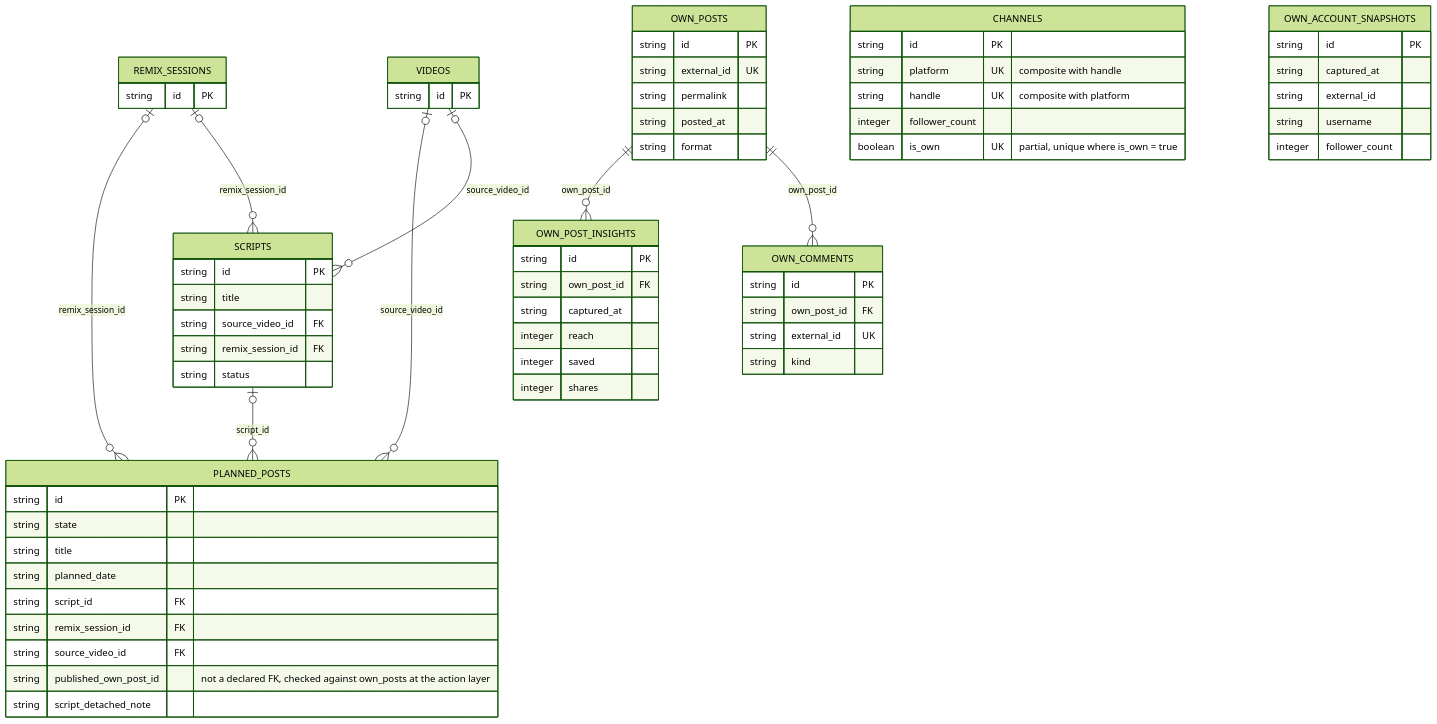
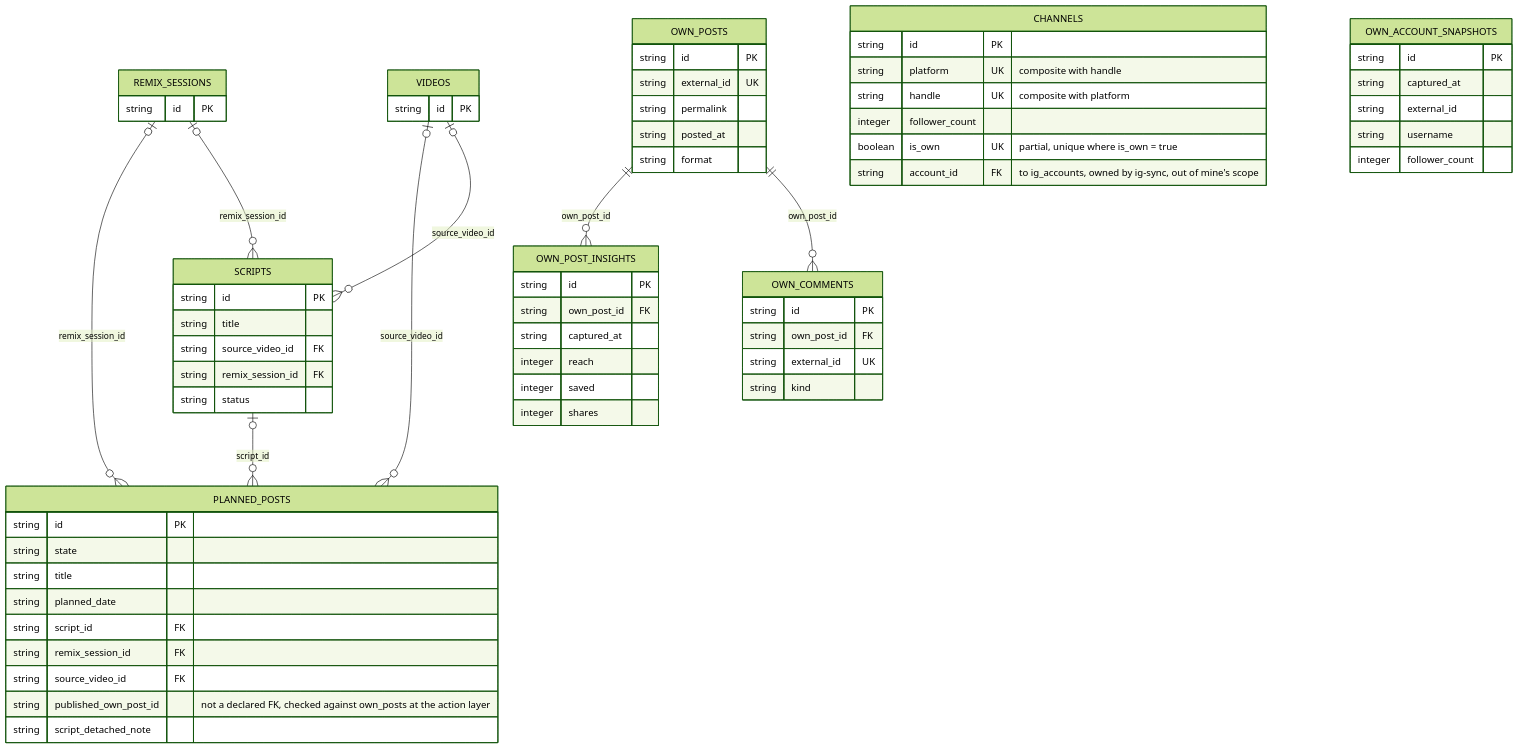
One commit to Kaiships-ai/crowsnest changed the first of 3 diagrams in documents/architect/core-components/mine/02-architecture.md. Above: the diagram before and after it, drawn with Mermaid (forest theme). The commit also changed other lines of this file and 23 other files, not shown here.

First line of the commit message:
docs: sync architect docs to current code (post-v0.3 reconciliation)

````diff
--- a/documents/architect/core-components/mine/02-architecture.md
+++ b/documents/architect/core-components/mine/02-architecture.md
@@ -32,70 +33,71 @@
 ```mermaid
 erDiagram
     SCRIPTS |o--o{ PLANNED_POSTS : "script_id"
     REMIX_SESSIONS |o--o{ PLANNED_POSTS : "remix_session_id"
     VIDEOS |o--o{ PLANNED_POSTS : "source_video_id"
     VIDEOS |o--o{ SCRIPTS : "source_video_id"
     REMIX_SESSIONS |o--o{ SCRIPTS : "remix_session_id"
     OWN_POSTS ||--o{ OWN_POST_INSIGHTS : "own_post_id"
     OWN_POSTS ||--o{ OWN_COMMENTS : "own_post_id"
 
     CHANNELS {
         string id PK
         string platform UK "composite with handle"
         string handle UK "composite with platform"
         integer follower_count
         boolean is_own UK "partial, unique where is_own = true"
+        string account_id FK "to ig_accounts, owned by ig-sync, out of mine's scope"
     }
     PLANNED_POSTS {
         string id PK
         string state
         string title
         string planned_date
         string script_id FK
         string remix_session_id FK
         string source_video_id FK
         string published_own_post_id "not a declared FK, checked against own_posts at the action layer"
         string script_detached_note
     }
     SCRIPTS {
         string id PK
         string title
         string source_video_id FK
         string remix_session_id FK
         string status
     }
     REMIX_SESSIONS {
         string id PK
     }
     VIDEOS {
         string id PK
     }
     OWN_ACCOUNT_SNAPSHOTS {
         string id PK
         string captured_at
         string external_id
         string username
         integer follower_count
     }
     OWN_POSTS {
         string id PK
         string external_id UK
         string permalink
         string posted_at
         string format
     }
     OWN_POST_INSIGHTS {
         string id PK
         string own_post_id FK
         string captured_at
         integer reach
         integer saved
         integer shares
     }
     OWN_COMMENTS {
         string id PK
         string own_post_id FK
         string external_id UK
         string kind
     }
 ```
````
